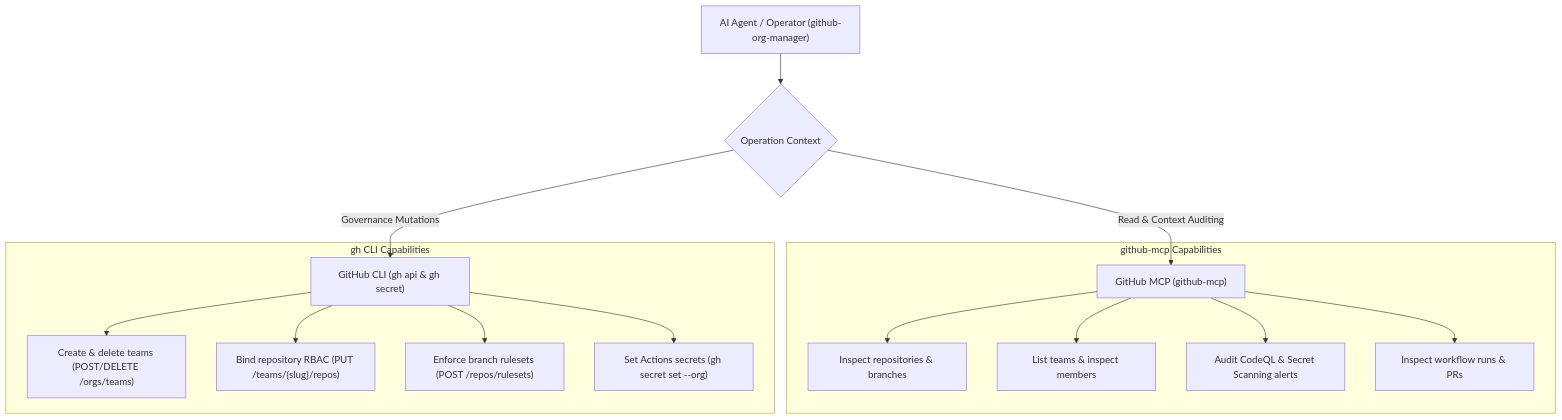
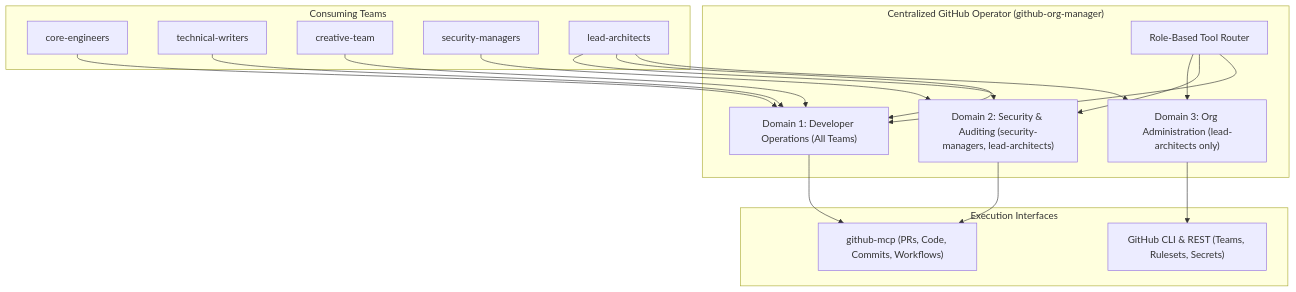
The first of 2 diagrams in references/github-app-architecture-and-governance.md (tupynambalucas-dev/agent-mesh), drawn with Mermaid before and after one commit. The commit also changed other lines of this file, not shown here.

Commit message:
feat(references): establish centralized github operator architecture for multi-team governance

````diff
--- a/references/github-app-architecture-and-governance.md
+++ b/references/github-app-architecture-and-governance.md
@@ -14,25 +15,28 @@
 ```mermaid
 graph TD
   direction TB
 
-  Agent["AI Agent / Operator (github-org-manager)"]
+  subgraph Operator ["Centralized GitHub Operator (github-org-manager)"]
+    Router["Role-Based Tool Router"]
 
-  Agent --> ModeSelector{"Operation Context"}
-
-  ModeSelector -->|Read & Context Auditing| MCP["GitHub MCP (github-mcp)"]
-  ModeSelector -->|Governance Mutations| CLI["GitHub CLI (gh api & gh secret)"]
-
-  subgraph MCP_Scope ["github-mcp Capabilities"]
-    MCP --> M1["Inspect repositories & branches"]
-    MCP --> M2["List teams & inspect members"]
-    MCP --> M3["Audit CodeQL & Secret Scanning alerts"]
-    MCP --> M4["Inspect workflow runs & PRs"]
+    Router --> DevDomain["Domain 1: Developer Operations (All Teams)"]
+    Router --> SecDomain["Domain 2: Security & Auditing (security-managers, lead-architects)"]
+    Router --> AdminDomain["Domain 3: Org Administration (lead-architects only)"]
   end
 
-  subgraph CLI_Scope ["gh CLI Capabilities"]
-    CLI --> C1["Create & delete teams (POST/DELETE /orgs/teams)"]
-    CLI --> C2["Bind repository RBAC (PUT /teams/{slug}/repos)"]
-    CLI --> C3["Enforce branch rulesets (POST /repos/rulesets)"]
-    CLI --> C4["Set Actions secrets (gh secret set --org)"]
+  subgraph Teams ["Consuming Teams"]
+    Core["core-engineers"] --> DevDomain
+    Writers["technical-writers"] --> DevDomain
+    Creative["creative-team"] --> DevDomain
+    SecOps["security-managers"] --> SecDomain
+    Architects["lead-architects"] --> AdminDomain
+    Architects --> DevDomain
+    Architects --> SecDomain
+  end
+
+  subgraph Interfaces ["Execution Interfaces"]
+    DevDomain --> MCP["github-mcp (PRs, Code, Commits, Workflows)"]
+    SecDomain --> MCP
+    AdminDomain --> CLI["GitHub CLI & REST (Teams, Rulesets, Secrets)"]
   end
 ```
````
